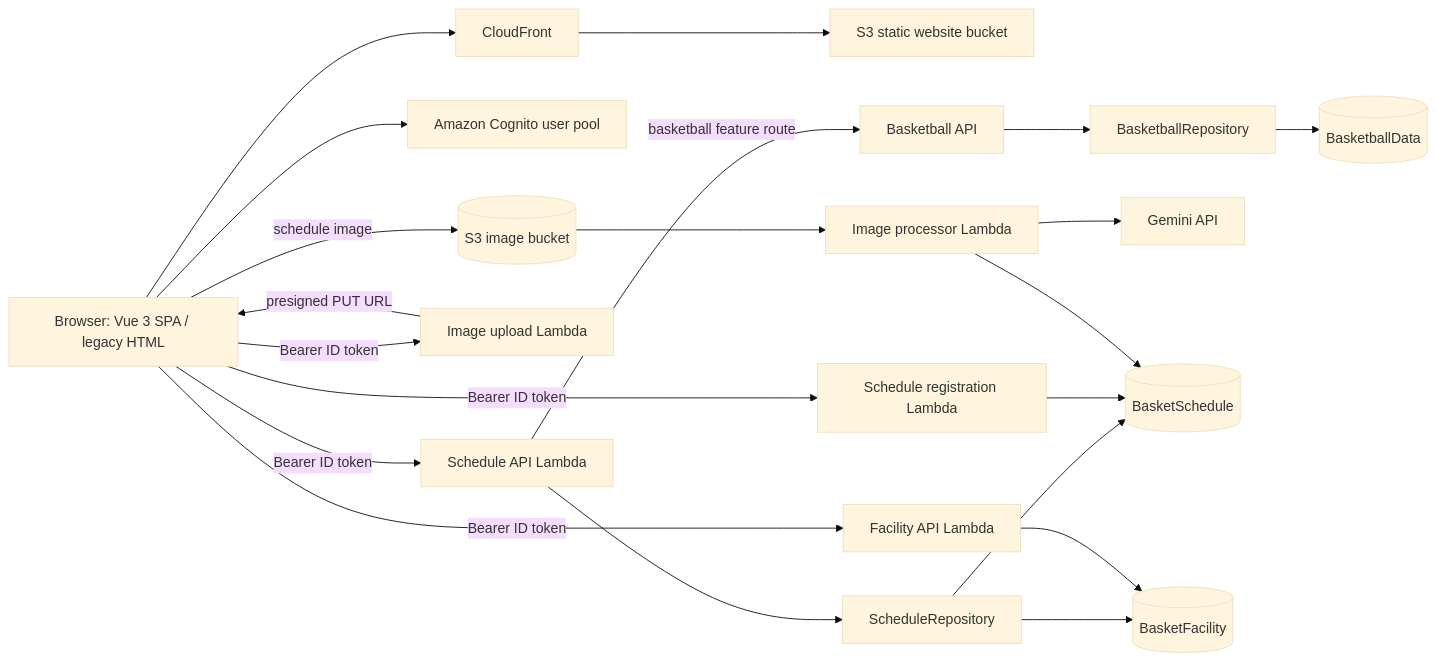
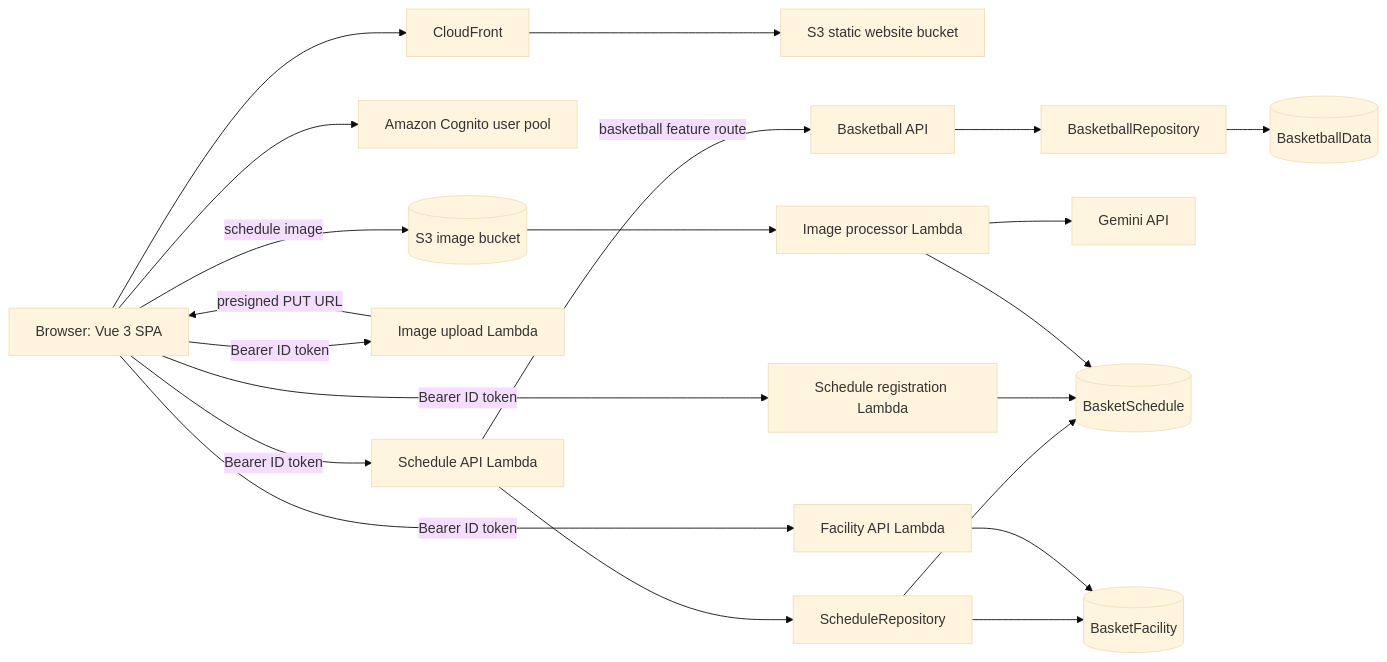
The first of 2 diagrams in docs/architecture.md (leonard002-sas/basket-schedule-app-lambda), drawn with Mermaid (base theme) before and after one commit. The commit also changed other lines of this file and 36 other files, not shown here.

````diff
--- a/docs/architecture.md
+++ b/docs/architecture.md
@@ -7,38 +7,38 @@
 ```mermaid
 flowchart LR
-    Browser[Browser: Vue 3 SPA / legacy HTML]
+    Browser[Browser: Vue 3 SPA]
     CDN[CloudFront]
     Web[S3 static website bucket]
     Cognito[Amazon Cognito user pool]
     Schedule[Schedule API Lambda]
     ScheduleRepository[ScheduleRepository]
     Basketball[Basketball API]
     BasketballRepository[BasketballRepository]
     Register[Schedule registration Lambda]
     Facility[Facility API Lambda]
     Upload[Image upload Lambda]
     Processor[Image processor Lambda]
     Gemini[Gemini API]
     ScheduleTable[(BasketSchedule)]
     FacilityTable[(BasketFacility)]
     BasketballTable[(BasketballData)]
     ImageBucket[(S3 image bucket)]
 
     Browser --> CDN --> Web
     Browser --> Cognito
     Browser -->|Bearer ID token| Schedule
     Browser -->|Bearer ID token| Register
     Browser -->|Bearer ID token| Facility
     Browser -->|Bearer ID token| Upload
     Schedule --> ScheduleRepository --> ScheduleTable
     ScheduleRepository --> FacilityTable
     Schedule -->|basketball feature route| Basketball
     Basketball --> BasketballRepository --> BasketballTable
     Register --> ScheduleTable
     Facility --> FacilityTable
     Upload -->|presigned PUT URL| Browser
     Browser -->|schedule image| ImageBucket
     ImageBucket --> Processor
     Processor --> Gemini
     Processor --> ScheduleTable
 ```
````
